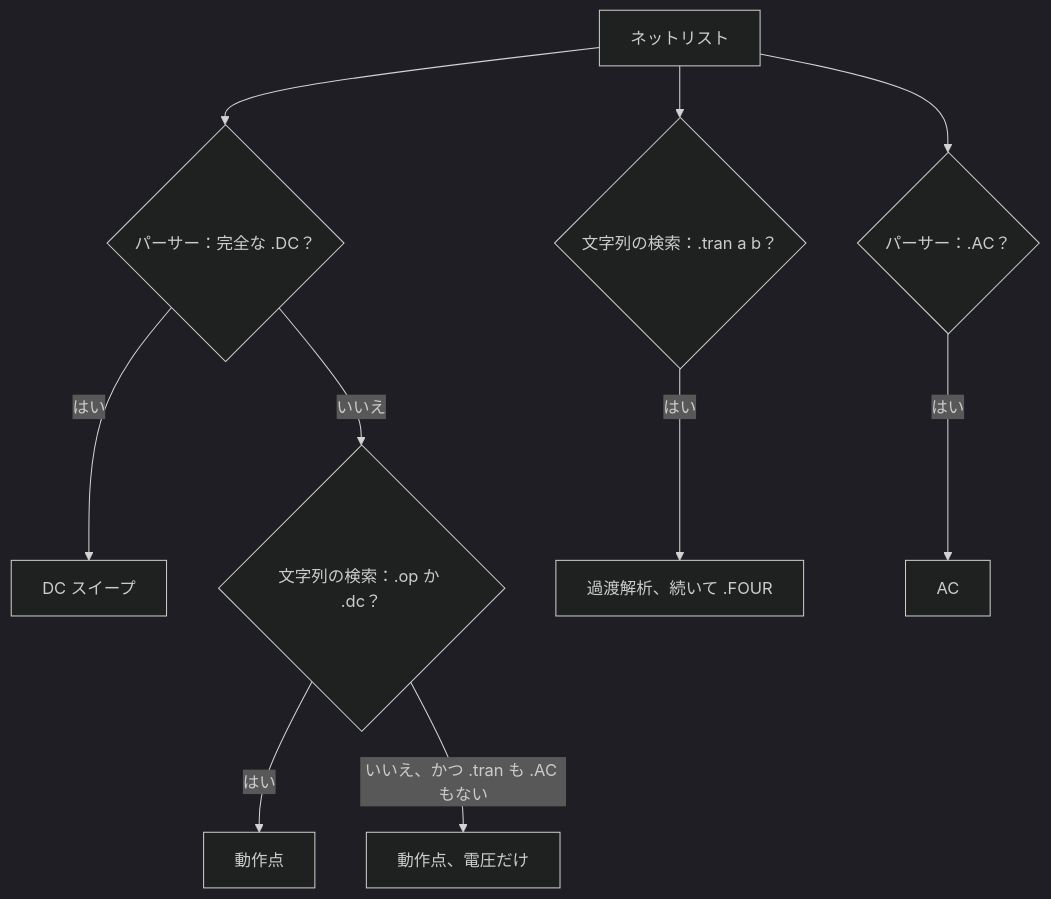
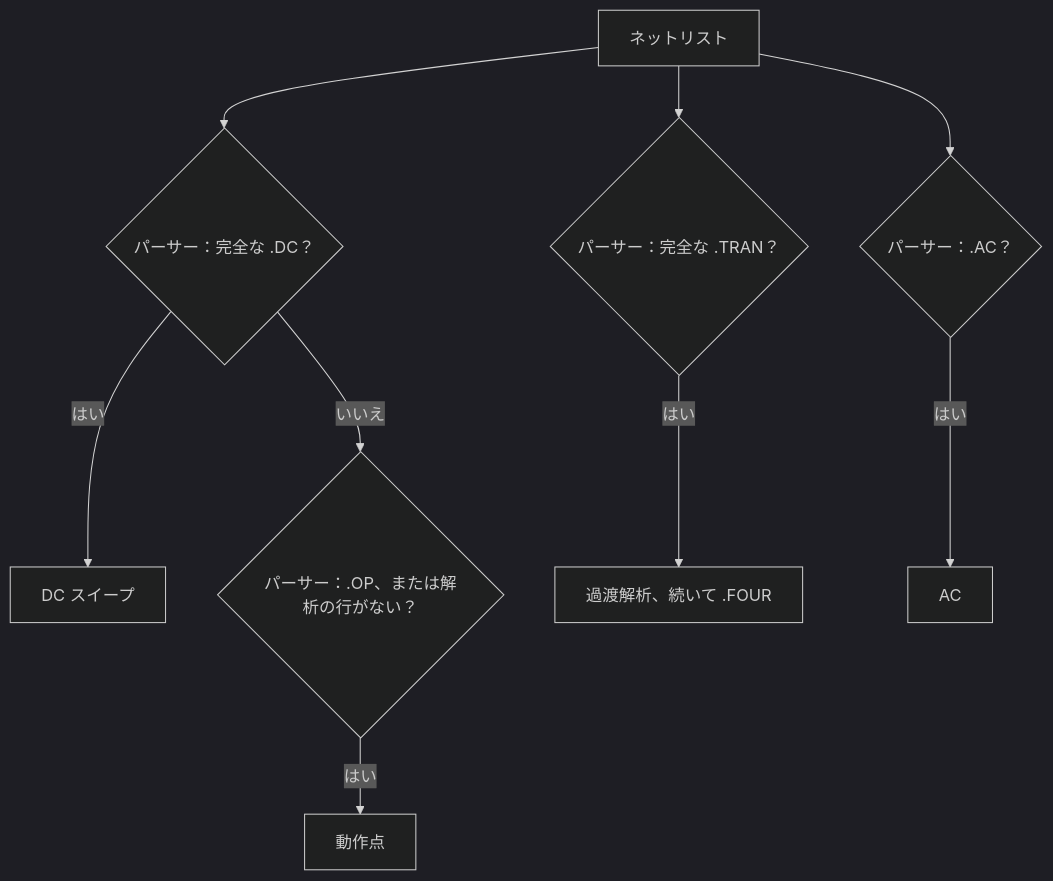
The second of 2 diagrams in docs/REFERENCE_MANUAL.ja.md (kurochan001/kirimaspice), drawn with Mermaid (dark theme) before and after one commit. The commit also changed other lines of this file and 19 other files, not shown here.

````diff
--- a/docs/REFERENCE_MANUAL.ja.md
+++ b/docs/REFERENCE_MANUAL.ja.md
@@ -376,12 +377,11 @@
 ```mermaid
 flowchart TD
   N[ネットリスト] --> P{"パーサー：完全な .DC？"}
   P -- "はい" --> SW["DC スイープ"]
-  P -- "いいえ" --> S{"文字列の検索：.op か .dc？"}
+  P -- "いいえ" --> S{"パーサー：.OP、または解析の行がない？"}
   S -- "はい" --> OP["動作点"]
-  N --> TS{"文字列の検索：.tran a b？"}
+  N --> TS{"パーサー：完全な .TRAN？"}
   TS -- "はい" --> TR["過渡解析、続いて .FOUR"]
   N --> A{"パーサー：.AC？"}
   A -- "はい" --> AC["AC"]
-  S -- "いいえ、かつ .tran も .AC もない" --> DEF["動作点、電圧だけ"]
 ```
````
